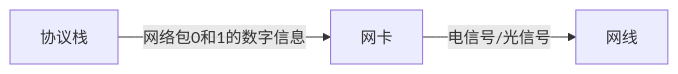
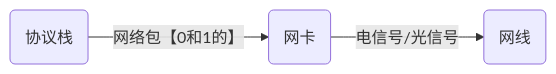
One commit to poppop9/obsidian changed the second of 2 diagrams in 计算机/四大件/计算机网络2.md. Above: the diagram before and after it, drawn with Mermaid.

Commit message:
vault backup: 2023-09-05 11:31:55

````diff
--- a/计算机/四大件/计算机网络2.md
+++ b/计算机/四大件/计算机网络2.md
@@ -163,4 +163,4 @@
 ```mermaid
 graph LR
-	a[协议栈]--网络包0和1的数字信息-->b[网卡]--电信号/光信号-->c[网线]
+	a(协议栈)--网络包【0和1的】-->b(网卡)--电信号/光信号-->c(网线)
 ```
````
